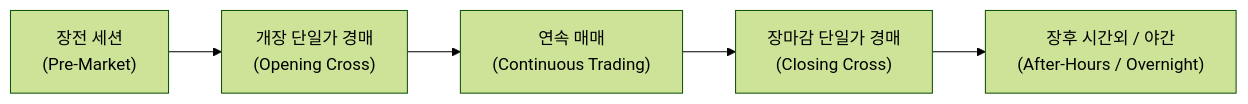
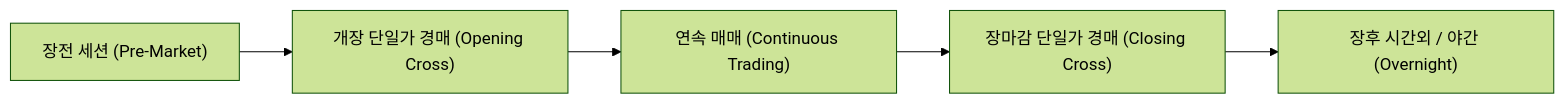
One commit to keimania/global-exchanges changed the second of 4 diagrams in ko/comparison_matrix.md. Above: the diagram before and after it, drawn with Mermaid (forest theme). The commit also changed other lines of this file and 3 other files, not shown here.

Commit message:
fix: resolve KaTeX/Mermaid conflicts in comparison matrix and enhance dark mode UI

````diff
--- a/ko/comparison_matrix.md
+++ b/ko/comparison_matrix.md
@@ -71,7 +63,7 @@
 ```mermaid
 flowchart LR
-    Pre["장전 세션<br>(Pre-Market)"] --> OpenAuction["개장 단일가 경매<br>(Opening Cross)"]
-    OpenAuction --> Continuous["연속 매매<br>(Continuous Trading)"]
-    Continuous --> CloseAuction["장마감 단일가 경매<br>(Closing Cross)"]
-    CloseAuction --> Post["장후 시간외 / 야간<br>(After-Hours / Overnight)"]
+    Pre["장전 세션 (Pre-Market)"] --> OpenAuction["개장 단일가 경매 (Opening Cross)"]
+    OpenAuction --> Continuous["연속 매매 (Continuous Trading)"]
+    Continuous --> CloseAuction["장마감 단일가 경매 (Closing Cross)"]
+    CloseAuction --> Post["장후 시간외 / 야간 (Overnight)"]
 ```
````
